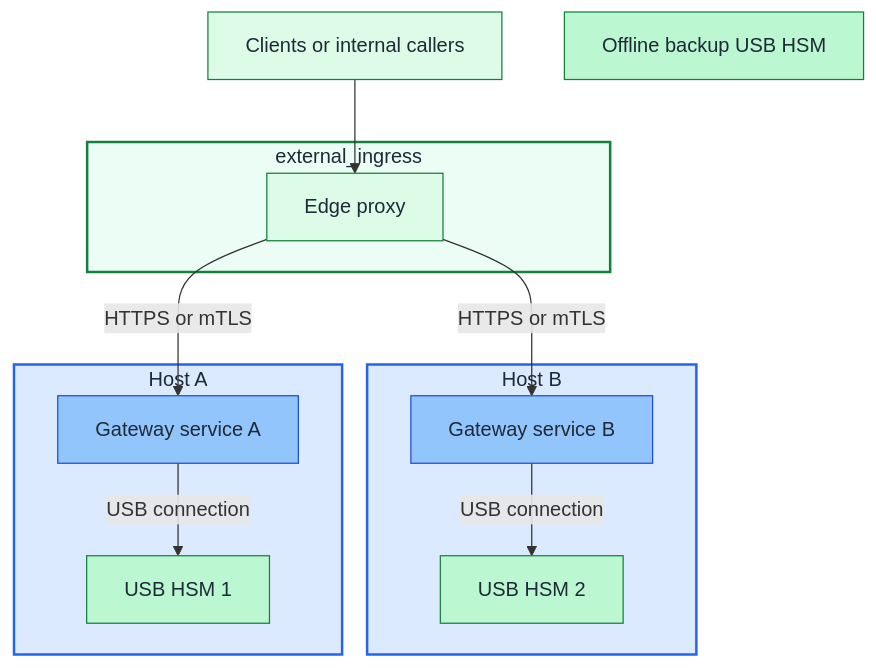
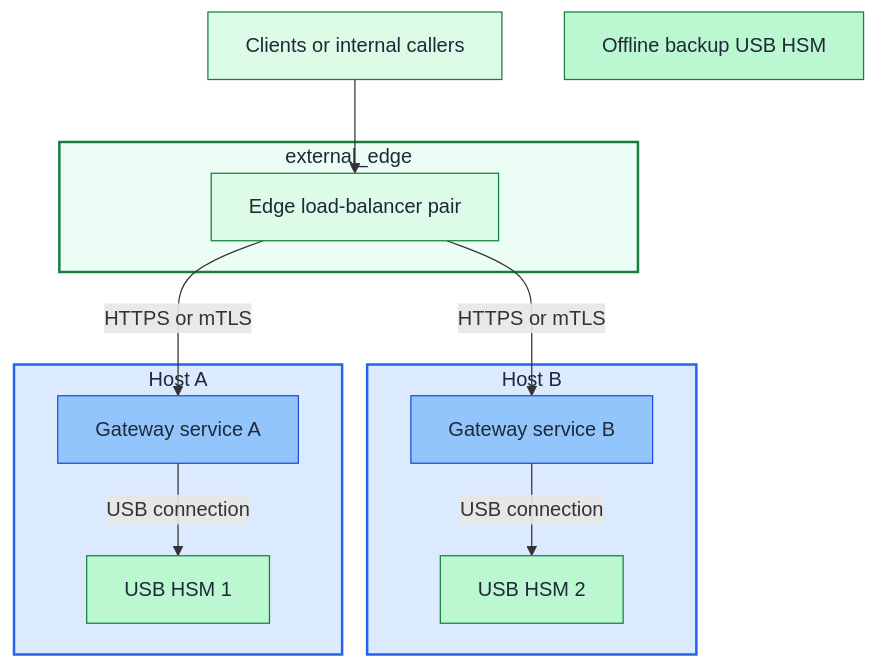
Before and after one commit to Rexus/homelab: the diagram in docs/security/usb-hsm-active-active-blueprint.md, drawn with Mermaid. The commit also changed other lines of this file and 25 other files, not shown here.

````diff
--- a/docs/security/usb-hsm-active-active-blueprint.md
+++ b/docs/security/usb-hsm-active-active-blueprint.md
@@ -53,38 +54,38 @@
 ```mermaid
 flowchart TD
   Client[Clients or internal callers]
 
-  subgraph ExternalIngress["external_ingress"]
-    LB[Edge proxy]
+  subgraph ExternalEdge["external_edge"]
+    LB[Edge load-balancer pair]
   end
 
   subgraph HostA["Host B"]
     GW1[Gateway service B]
     H1[USB HSM 2]
     GW1 -->|USB connection| H1
   end
 
   subgraph HostB["Host A"]
     GW2[Gateway service A]
     H2[USB HSM 1]
     GW2 -->|USB connection| H2
   end
 
   Backup[Offline backup USB HSM]
 
   Client --> LB
   LB -->|HTTPS or mTLS| GW1
   LB -->|HTTPS or mTLS| GW2
 
-  style ExternalIngress fill:#ecfdf5,stroke:#15803d,stroke-width:2px,color:#1f2937
+  style ExternalEdge fill:#ecfdf5,stroke:#15803d,stroke-width:2px,color:#1f2937
   style HostA fill:#dbeafe,stroke:#2563eb,stroke-width:2px,color:#1f2937
   style HostB fill:#dbeafe,stroke:#2563eb,stroke-width:2px,color:#1f2937
 
   classDef edgeNode fill:#dcfce7,stroke:#15803d,color:#1f2937
   classDef gatewayNode fill:#93c5fd,stroke:#1d4ed8,color:#1f2937
   classDef hsmNode fill:#bbf7d0,stroke:#15803d,color:#1f2937
 
   class Client,LB edgeNode
   class GW1,GW2 gatewayNode
   class H1,H2,Backup hsmNode
 ```
````
